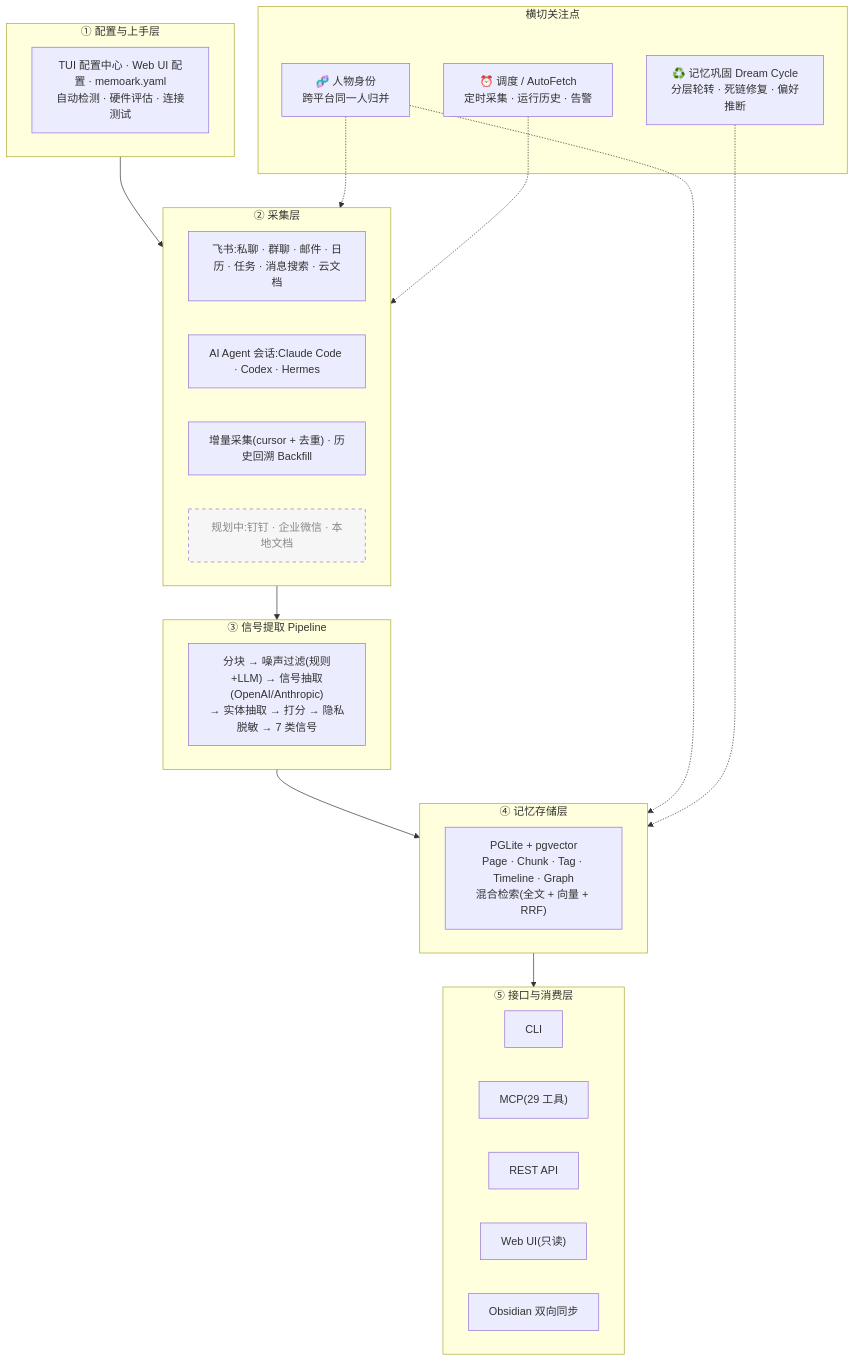
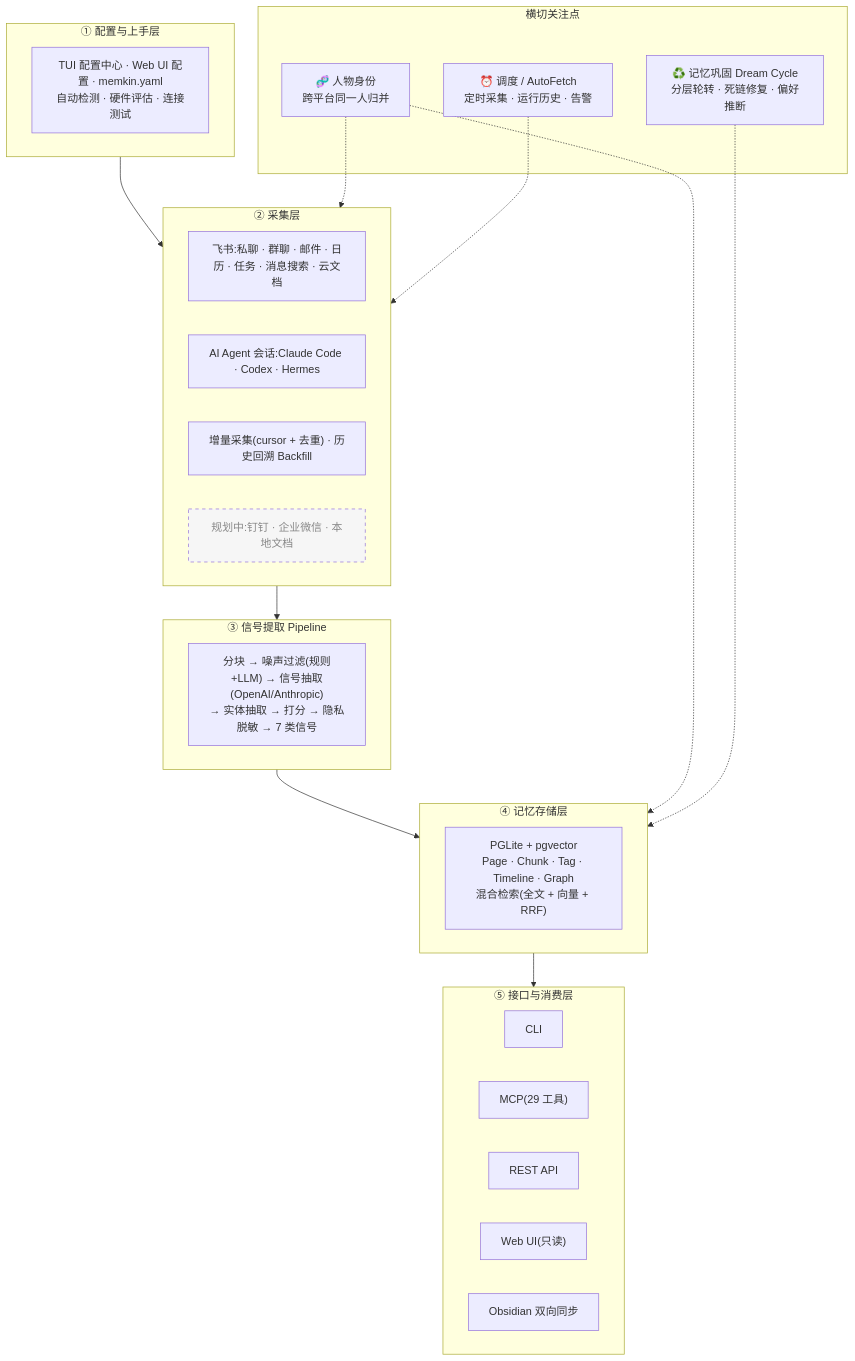
Before and after one commit to AndreLYL/memkin: the diagram in README.md, drawn with Mermaid. The commit also changed other lines of this file and 175 other files, not shown here.

First line of the commit message:
refactor(rename): rebrand memoark -> memkin across repo

````diff
--- a/README.md
+++ b/README.md
@@ -528,40 +528,40 @@
 ```mermaid
 flowchart TB
   subgraph L1["① 配置与上手层"]
-    cfg["TUI 配置中心 · Web UI 配置 · memoark.yaml<br/>自动检测 · 硬件评估 · 连接测试"]
+    cfg["TUI 配置中心 · Web UI 配置 · memkin.yaml<br/>自动检测 · 硬件评估 · 连接测试"]
   end
   subgraph L2["② 采集层"]
     feishu["飞书:私聊 · 群聊 · 邮件 · 日历 · 任务 · 消息搜索 · 云文档"]
     agent["AI Agent 会话:Claude Code · Codex · Hermes"]
     inc["增量采集(cursor + 去重) · 历史回溯 Backfill"]
     planned1["规划中:钉钉 · 企业微信 · 本地文档"]:::planned
   end
   subgraph L3["③ 信号提取 Pipeline"]
     pipe["分块 → 噪声过滤(规则+LLM) → 信号抽取(OpenAI/Anthropic)<br/>→ 实体抽取 → 打分 → 隐私脱敏 → 7 类信号"]
   end
   subgraph L4["④ 记忆存储层"]
     store["PGLite + pgvector<br/>Page · Chunk · Tag · Timeline · Graph<br/>混合检索(全文 + 向量 + RRF)"]
   end
   subgraph L5["⑤ 接口与消费层"]
     cli["CLI"]
     mcp["MCP(29 工具)"]
     rest["REST API"]
     web["Web UI(只读)"]
     obs["Obsidian 双向同步"]
   end
 
   L1 --> L2 --> L3 --> L4 --> L5
 
   subgraph X["横切关注点"]
     id["🧬 人物身份<br/>跨平台同一人归并"]
     cons["♻️ 记忆巩固 Dream Cycle<br/>分层轮转 · 死链修复 · 偏好推断"]
     sched["⏰ 调度 / AutoFetch<br/>定时采集 · 运行历史 · 告警"]
   end
 
   id -.-> L2
   id -.-> L4
   cons -.-> L4
   sched -.-> L2
 
   classDef planned stroke-dasharray: 5 5,fill:#f6f6f6,color:#888;
 ```
````
